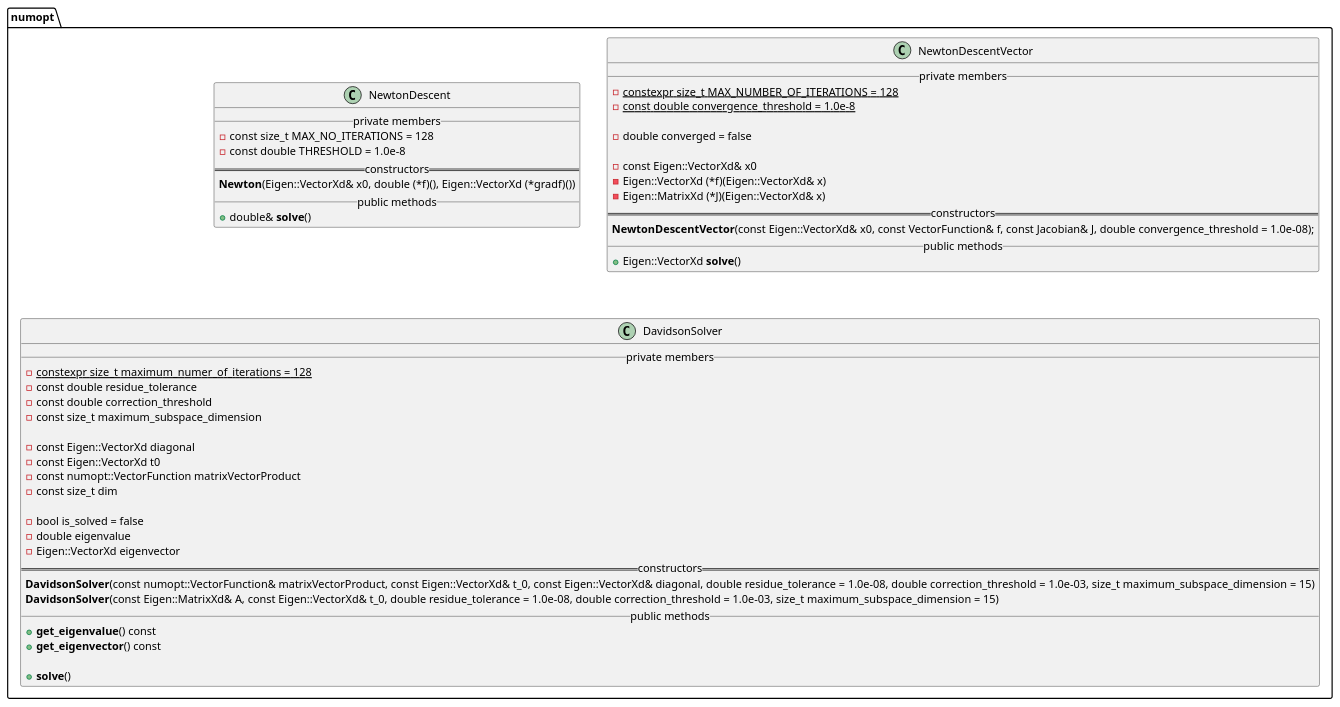
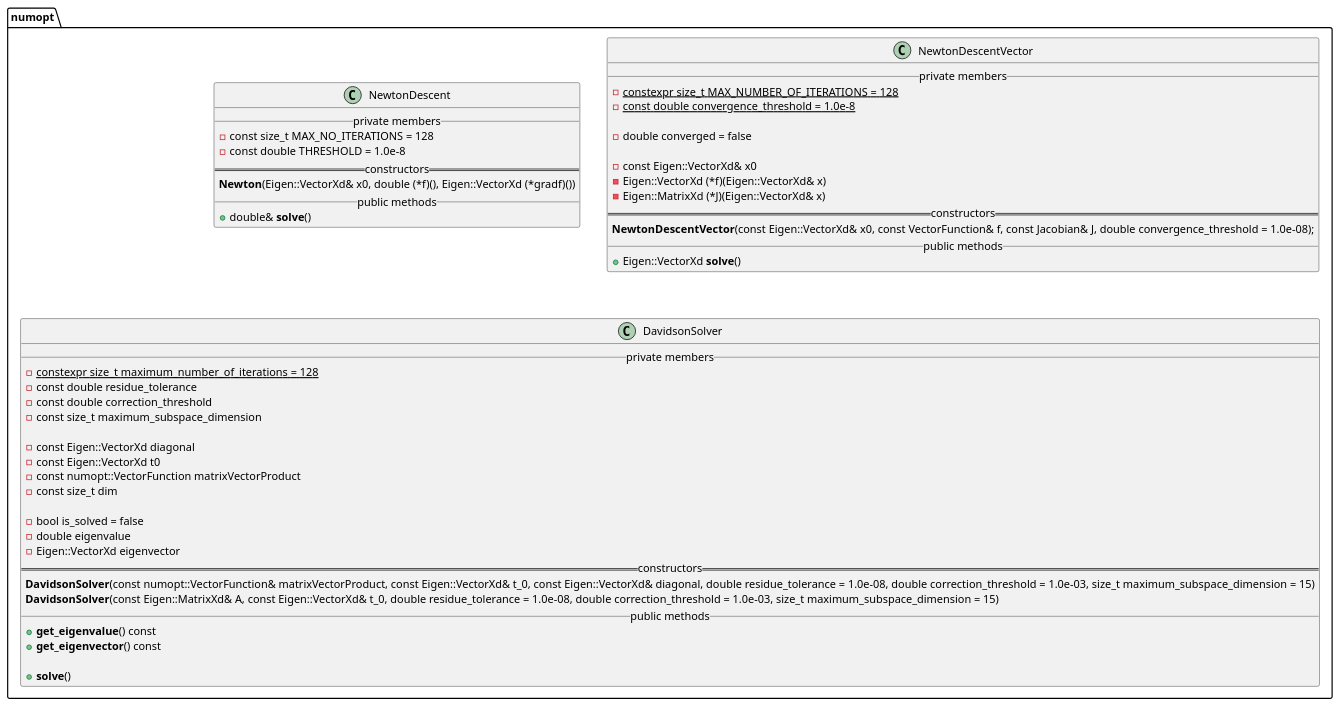
Before and after one commit to matt-chan/numopt: the diagram in docs/numopt.puml, drawn with PlantUML. The commit also changed 2 other files, not shown here.

```diff
--- a/docs/numopt.puml
+++ b/docs/numopt.puml
@@ -1,59 +1,59 @@
 @startuml
 
 namespace numopt {
 
     class NewtonDescent {
         __ private members __
             - const size_t MAX_NO_ITERATIONS = 128
             - const double THRESHOLD = 1.0e-8
         == constructors ==
             **Newton**(Eigen::VectorXd& x0, double (*f)(), Eigen::VectorXd (*gradf)())
         __ public methods __
             + double& **solve**()
     }
 
 
     class NewtonDescentVector {
         __ private members __
             - {static} constexpr size_t MAX_NUMBER_OF_ITERATIONS = 128
             - {static} const double convergence_threshold = 1.0e-8
 
             - double converged = false
 
             - const Eigen::VectorXd& x0
             - Eigen::VectorXd (*f)(Eigen::VectorXd& x)
             - Eigen::MatrixXd (*J)(Eigen::VectorXd& x)
         == constructors ==
             **NewtonDescentVector**(const Eigen::VectorXd& x0, const VectorFunction& f, const Jacobian& J, double convergence_threshold = 1.0e-08);
         __ public methods __
             + Eigen::VectorXd **solve**()
     }
 
 
     class DavidsonSolver {
         __ private members __
-            - {static} constexpr size_t maximum_numer_of_iterations = 128
+            - {static} constexpr size_t maximum_number_of_iterations = 128
             - const double residue_tolerance
             - const double correction_threshold
             - const size_t maximum_subspace_dimension
 
             - const Eigen::VectorXd diagonal
             - const Eigen::VectorXd t0
             - const numopt::VectorFunction matrixVectorProduct
             - const size_t dim
 
             - bool is_solved = false
             - double eigenvalue
             - Eigen::VectorXd eigenvector
         == constructors ==
             **DavidsonSolver**(const numopt::VectorFunction& matrixVectorProduct, const Eigen::VectorXd& t_0, const Eigen::VectorXd& diagonal, double residue_tolerance = 1.0e-08, double correction_threshold = 1.0e-03, size_t maximum_subspace_dimension = 15)
             **DavidsonSolver**(const Eigen::MatrixXd& A, const Eigen::VectorXd& t_0, double residue_tolerance = 1.0e-08, double correction_threshold = 1.0e-03, size_t maximum_subspace_dimension = 15)
         __ public methods __
             + **get_eigenvalue**() const
             + **get_eigenvector**() const
 
             + **solve**()
     }
 }
 
 @enduml
```
